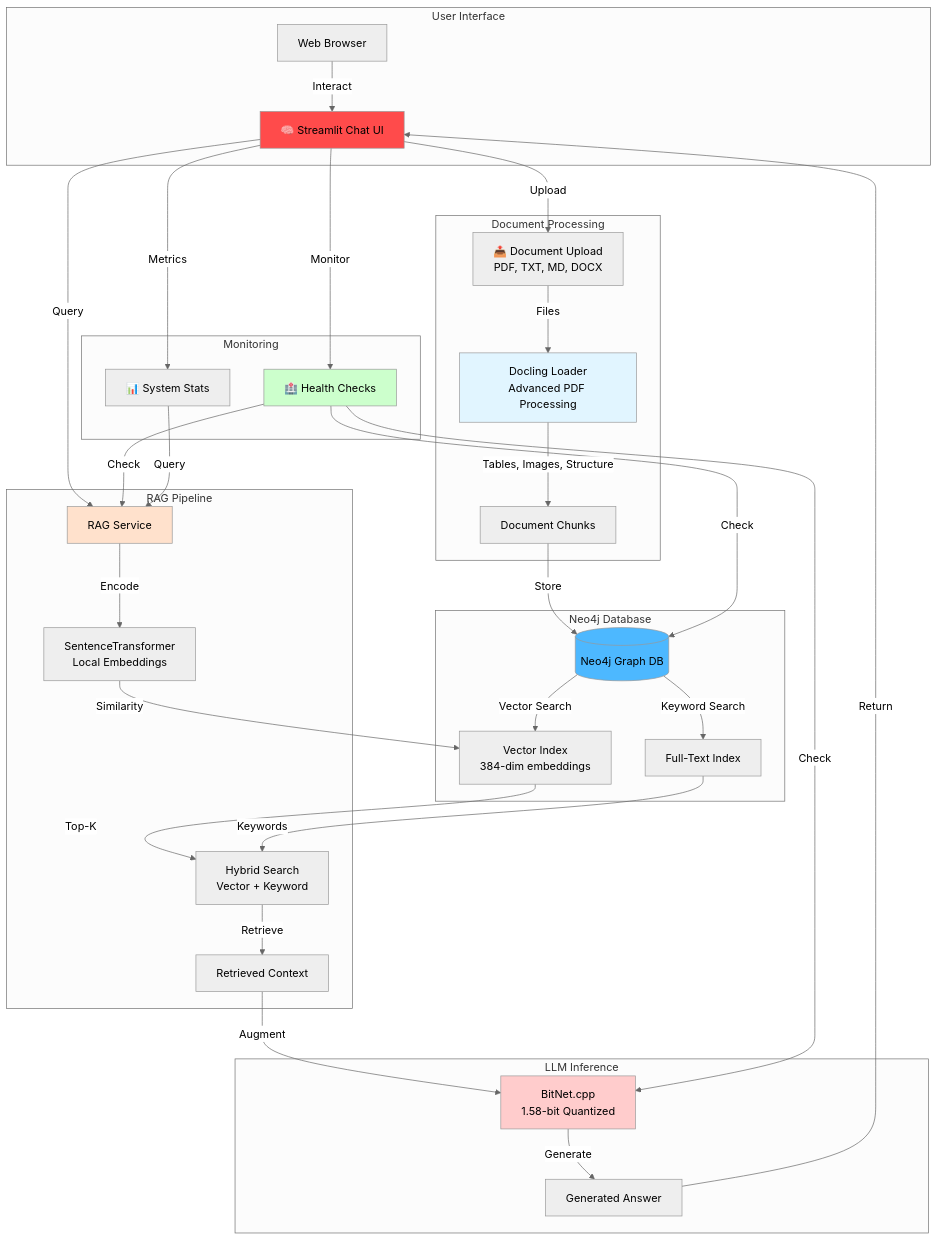
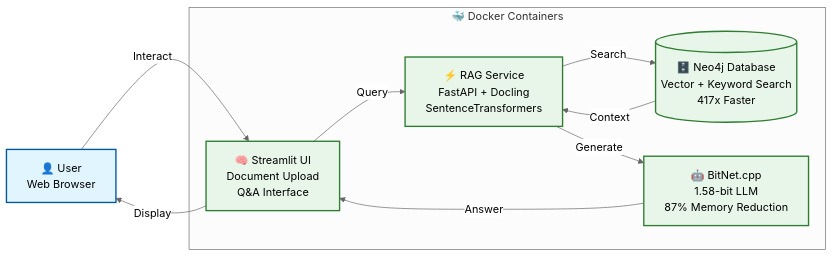
The first of 2 diagrams in README.md (ma3u/neo4j-agentframework), drawn with Mermaid (neutral theme) before and after one commit. The commit also changed other lines of this file and 5 other files, not shown here.

First line of the commit message:
Update README with Azure AI Foundry architecture and enhanced content

````diff
--- a/README.md
+++ b/README.md
@@ -46,61 +38,25 @@
 ```mermaid
-graph TB
-    subgraph "User Interface"
-        StreamlitUI[🧠 Streamlit Chat UI]
-        WebUI[Web Browser]
-        WebUI -->|Interact| StreamlitUI
+graph LR
+    USER[👤 User<br/>Web Browser]
+
+    subgraph Docker["🐳 Docker Containers"]
+        UI[🧠 Streamlit UI<br/>Document Upload<br/>Q&A Interface]
+        RAG[⚡ RAG Service<br/>FastAPI + Docling<br/>SentenceTransformers]
+        DB[(🗄️ Neo4j Database<br/>Vector + Keyword Search<br/>417x Faster)]
+        BitNet[🤖 BitNet.cpp<br/>1.58-bit LLM<br/>87% Memory Reduction]
     end
 
-    subgraph "Document Processing"
-        Upload[📤 Document Upload<br/>PDF, TXT, MD, DOCX]
-        Docling[Docling Loader<br/>Advanced PDF Processing]
-        Upload -->|Files| Docling
-        Docling -->|Tables, Images, Structure| Chunks[Document Chunks]
-    end
+    USER -->|Interact| UI
+    UI -->|Query| RAG
+    RAG -->|Search| DB
+    DB -->|Context| RAG
+    RAG -->|Generate| BitNet
+    BitNet -->|Answer| UI
+    UI -->|Display| USER
 
-    subgraph "Neo4j Database"
-        Neo4j[(Neo4j Graph DB)]
-        Chunks -->|Store| Neo4j
-        Neo4j -->|Vector Search| VectorIdx[Vector Index<br/>384-dim embeddings]
-        Neo4j -->|Keyword Search| FullText[Full-Text Index]
-    end
+    classDef userClass fill:#e1f5ff,stroke:#01579b,stroke-width:2px
+    classDef containerClass fill:#e8f5e9,stroke:#2e7d32,stroke-width:2px
 
-    subgraph "RAG Pipeline"
-        RAGAPI[RAG Service]
-        Embed[SentenceTransformer<br/>Local Embeddings]
-        Search[Hybrid Search<br/>Vector + Keyword]
-
-        StreamlitUI -->|Query| RAGAPI
-        StreamlitUI -->|Upload| Upload
-        RAGAPI -->|Encode| Embed
-        Embed -->|Similarity| VectorIdx
-        Search -->|Retrieve| Context[Retrieved Context]
-        VectorIdx -->|Top-K| Search
-        FullText -->|Keywords| Search
-    end
-
-    subgraph "LLM Inference"
-        BitNet[BitNet.cpp<br/>1.58-bit Quantized]
-        Context -->|Augment| BitNet
-        BitNet -->|Generate| Answer[Generated Answer]
-        Answer -->|Return| StreamlitUI
-    end
-
-    subgraph "Monitoring"
-        Health[🏥 Health Checks]
-        Stats[📊 System Stats]
-        StreamlitUI -->|Monitor| Health
-        StreamlitUI -->|Metrics| Stats
-        Health -->|Check| Neo4j
-        Health -->|Check| RAGAPI
-        Health -->|Check| BitNet
-        Stats -->|Query| RAGAPI
-    end
-
-    style StreamlitUI fill:#ff4b4b
-    style Docling fill:#e1f5ff
-    style Neo4j fill:#4db8ff
-    style BitNet fill:#ffcccc
-    style Health fill:#ccffcc
-    style RAGAPI fill:#ffe1cc
+    class USER userClass
+    class UI,RAG,DB,BitNet containerClass
 ```
````
